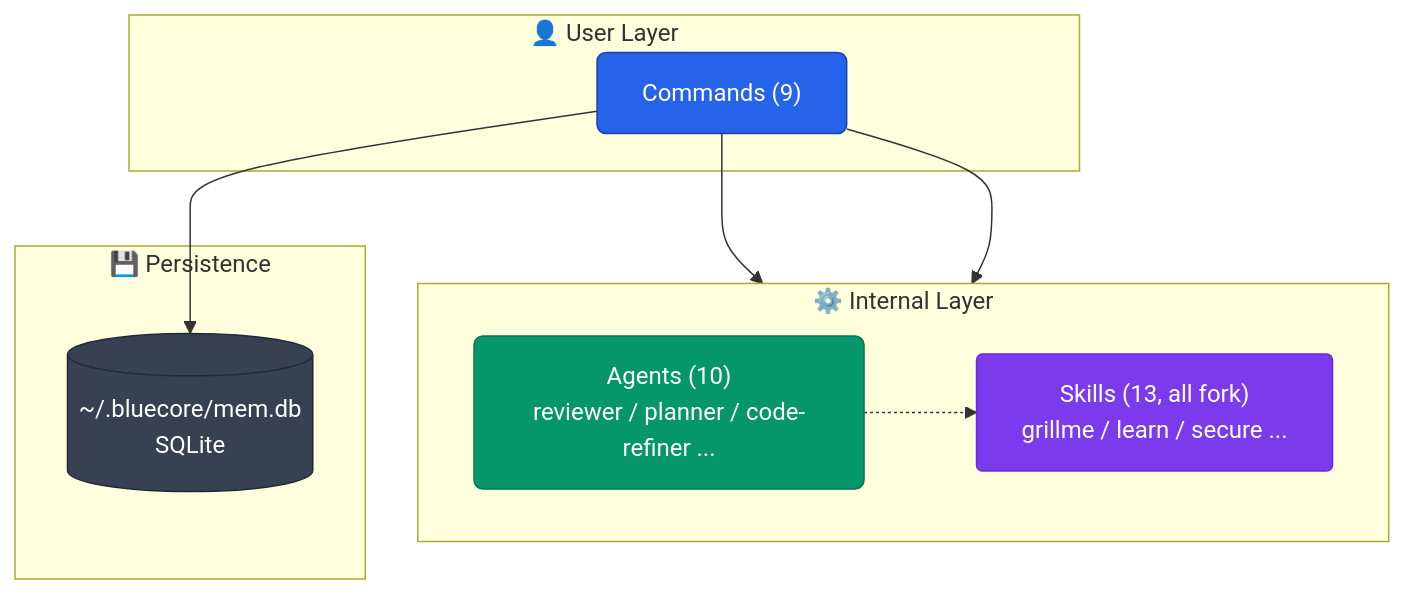
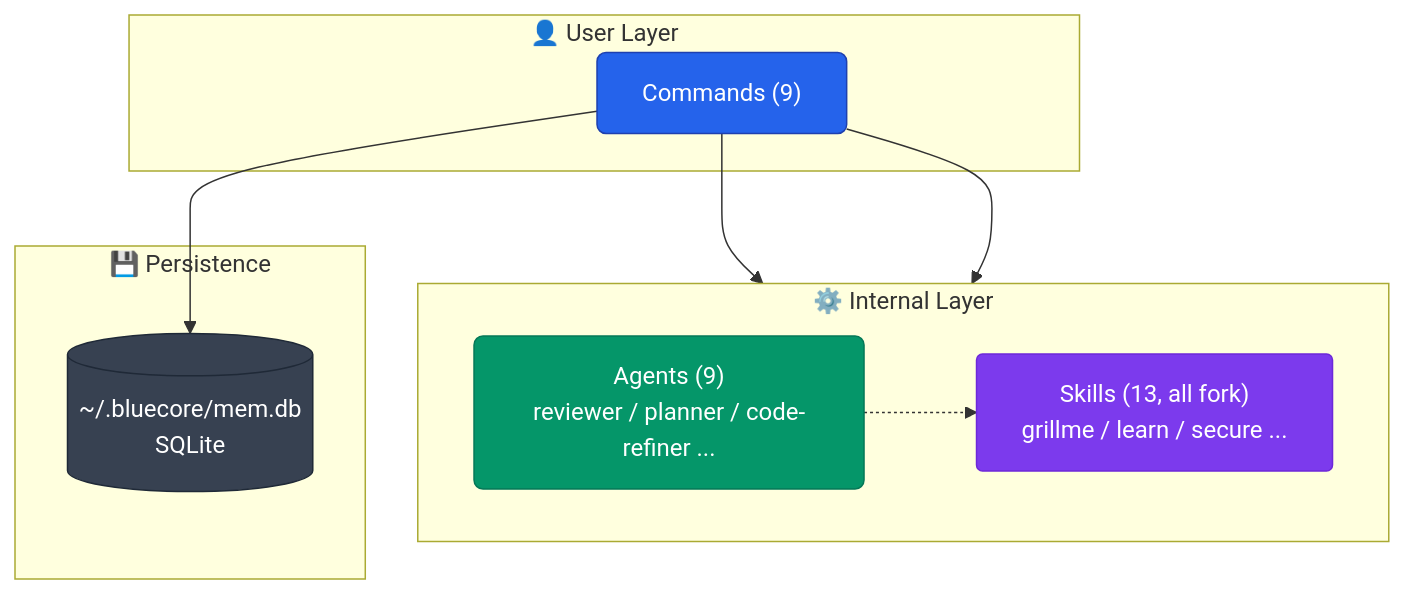
Before and after one commit to aokumablue/claq: diagram 12 of 12 in README.md, drawn with Mermaid. The commit also changed other lines of this file and 5 other files, not shown here.

````diff
--- a/README.md
+++ b/README.md
@@ -515,26 +514,26 @@
 ```mermaid
 flowchart TB
   classDef cmd    fill:#2563eb,stroke:#1e40af,color:#fff,rx:6
   classDef agent  fill:#059669,stroke:#047857,color:#fff,rx:6
   classDef skill  fill:#7c3aed,stroke:#6d28d9,color:#fff,rx:4
   classDef store  fill:#374151,stroke:#1f2937,color:#fff,rx:4
 
   subgraph user["👤 User Layer"]
     CMD["Commands (9)"]:::cmd
   end
 
   subgraph internal["⚙️ Internal Layer"]
     direction LR
-    AGT["Agents (10)<br/>reviewer / planner / code-refiner ..."]:::agent
+    AGT["Agents (9)<br/>reviewer / planner / code-refiner ..."]:::agent
     SKL["Skills (13, all fork)<br/>grillme / learn / secure ..."]:::skill
   end
 
   subgraph persistence["💾 Persistence"]
     DB[("~/.bluecore/mem.db<br/>SQLite")]:::store
   end
 
   CMD --> AGT
   CMD --> SKL
   AGT -.-> SKL
   CMD --> DB
 ```
````
